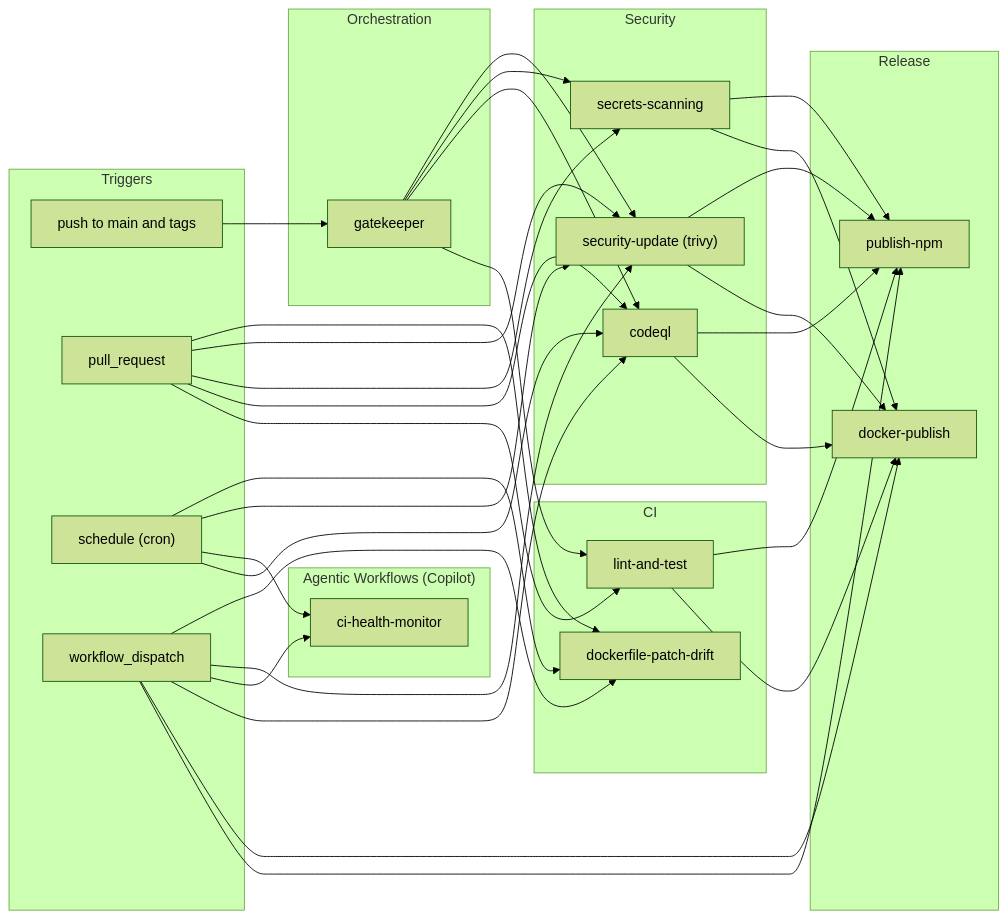
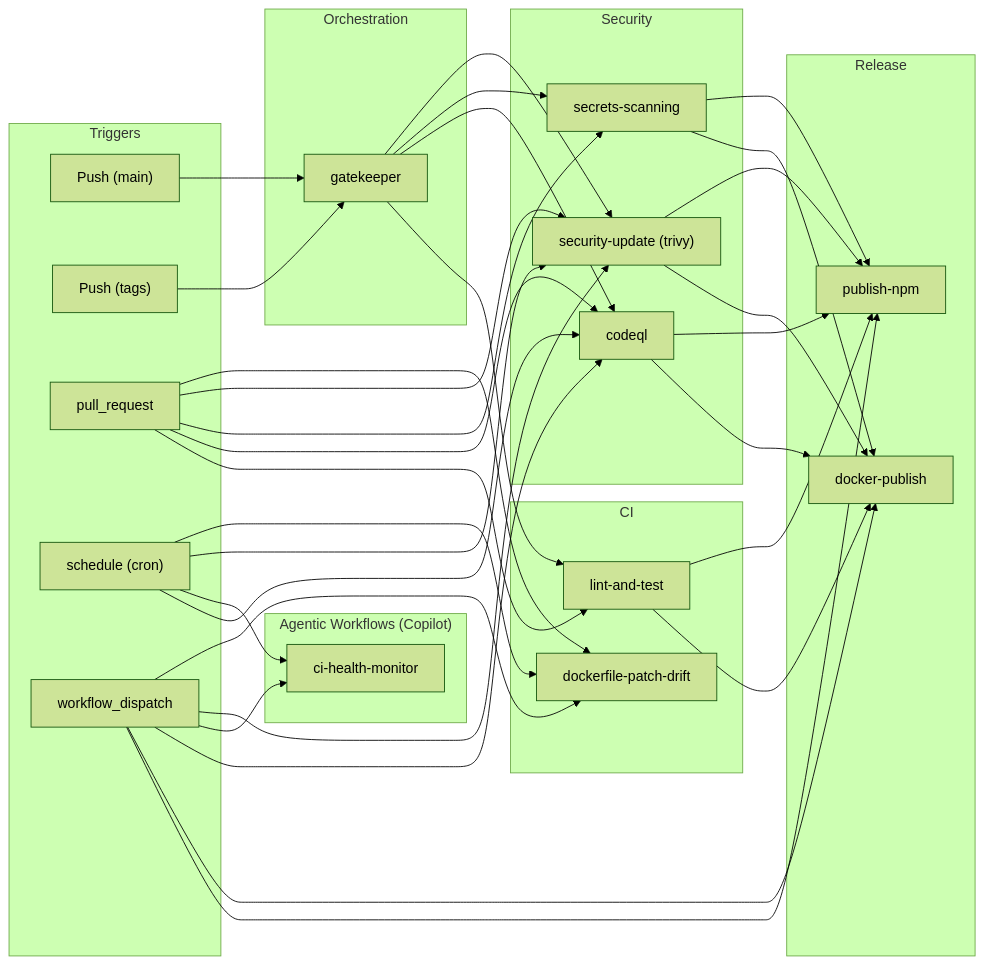
Before and after one commit to neverinfamous/mysql-mcp: the diagram in .github/workflows/README.md, drawn with Mermaid (forest theme). The commit also changed 5 other files, not shown here.

````diff
--- a/.github/workflows/README.md
+++ b/.github/workflows/README.md
@@ -12,61 +12,63 @@
 ```mermaid
 flowchart LR
     subgraph Triggers["Triggers"]
-        Tag["push to main and tags"]
+        PushMain["Push (main)"]
+        PushTags["Push (tags)"]
         PR["pull_request"]
         Sched["schedule (cron)"]
         Manual["workflow_dispatch"]
     end
 
     subgraph Orchestration["Orchestration"]
         Gate["gatekeeper"]
     end
 
     subgraph CI["CI"]
         LT["lint-and-test"]
         DPD["dockerfile-patch-drift"]
     end
 
     subgraph Security["Security"]
         CQL["codeql"]
         SS["secrets-scanning"]
         SU["security-update (trivy)"]
     end
 
     subgraph ReleaseGroup["Release"]
         DP["docker-publish"]
         NPM["publish-npm"]
     end
 
     subgraph Agentic["Agentic Workflows (Copilot)"]
         CHM["ci-health-monitor"]
     end
 
     PR --> LT
     PR --> CQL
     PR --> SS
     PR --> SU
     PR --> DPD
 
-    Tag --> Gate
+    PushMain --> Gate
+    PushTags --> Gate
 
     Gate --> LT
     Gate --> CQL
     Gate --> SS
     Gate --> SU
 
     LT & CQL & SS & SU --> DP
     LT & CQL & SS & SU --> NPM
 
     Manual --> NPM
     Manual --> DP
     Manual --> CQL
     Manual --> CHM
     Manual --> SU
     Manual --> DPD
 
     Sched --> CQL
     Sched --> CHM
     Sched --> SU
     Sched --> DPD
 ```
````
